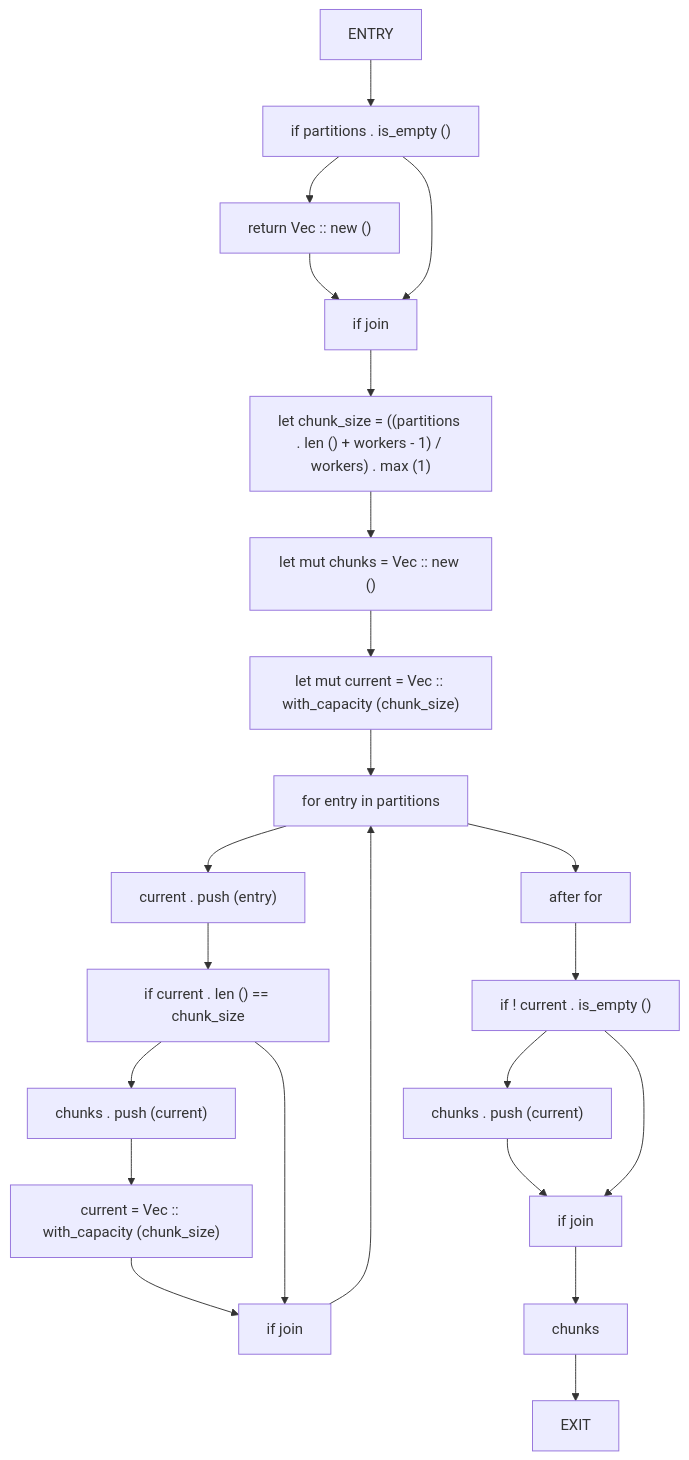
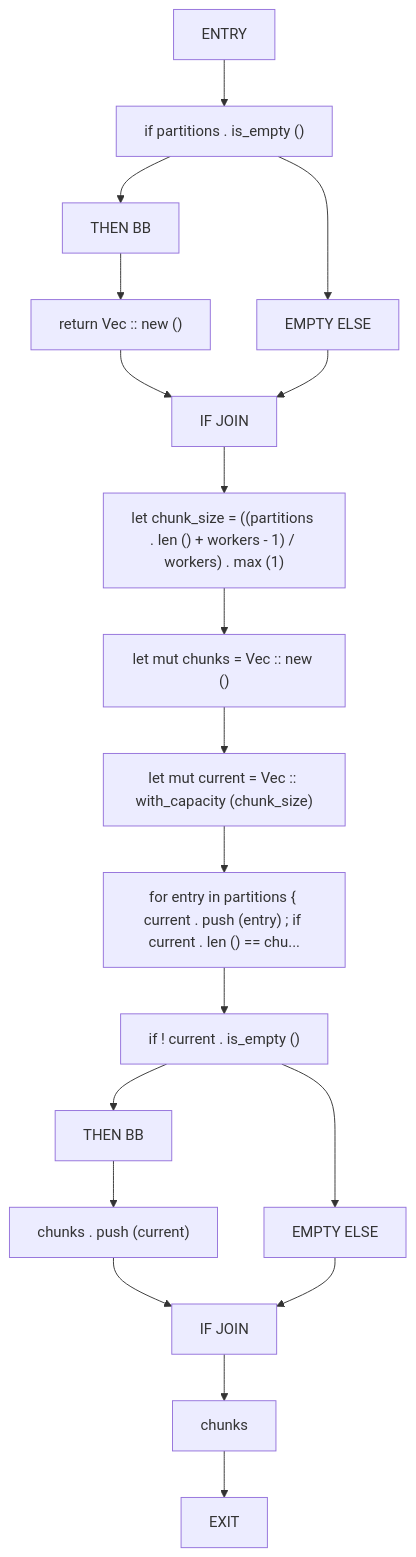
Before and after one commit to cicero-violate/MMSB: the second of 20 diagrams in docs/analysis/cfg/040-src-04_propagation.md, drawn with Mermaid. The commit also changed other lines of this file and 865 other files, not shown here.

````diff
--- a/docs/analysis/cfg/040-src-04_propagation.md
+++ b/docs/analysis/cfg/040-src-04_propagation.md
@@ -42,44 +42,38 @@
 ```mermaid
 flowchart TD
     chunk_partitions_0["ENTRY"]
     chunk_partitions_1["if partitions . is_empty ()"]
-    chunk_partitions_2["return Vec :: new ()"]
-    chunk_partitions_3["if join"]
-    chunk_partitions_4["let chunk_size = ((partitions . len () + workers - 1) / workers) . max (1)"]
-    chunk_partitions_5["let mut chunks = Vec :: new ()"]
-    chunk_partitions_6["let mut current = Vec :: with_capacity (chunk_size)"]
-    chunk_partitions_7["for entry in partitions"]
-    chunk_partitions_8["current . push (entry)"]
-    chunk_partitions_9["if current . len () == chunk_size"]
-    chunk_partitions_10["chunks . push (current)"]
-    chunk_partitions_11["current = Vec :: with_capacity (chunk_size)"]
-    chunk_partitions_12["if join"]
-    chunk_partitions_13["after for"]
-    chunk_partitions_14["if ! current . is_empty ()"]
-    chunk_partitions_15["chunks . push (current)"]
-    chunk_partitions_16["if join"]
-    chunk_partitions_17["chunks"]
-    chunk_partitions_18["EXIT"]
+    chunk_partitions_2["THEN BB"]
+    chunk_partitions_3["return Vec :: new ()"]
+    chunk_partitions_4["EMPTY ELSE"]
+    chunk_partitions_5["IF JOIN"]
+    chunk_partitions_6["let chunk_size = ((partitions . len () + workers - 1) / workers) . max (1)"]
+    chunk_partitions_7["let mut chunks = Vec :: new ()"]
+    chunk_partitions_8["let mut current = Vec :: with_capacity (chunk_size)"]
+    chunk_partitions_9["for entry in partitions { current . push (entry) ; if current . len () == chu..."]
+    chunk_partitions_10["if ! current . is_empty ()"]
+    chunk_partitions_11["THEN BB"]
+    chunk_partitions_12["chunks . push (current)"]
+    chunk_partitions_13["EMPTY ELSE"]
+    chunk_partitions_14["IF JOIN"]
+    chunk_partitions_15["chunks"]
+    chunk_partitions_16["EXIT"]
     chunk_partitions_0 --> chunk_partitions_1
     chunk_partitions_1 --> chunk_partitions_2
     chunk_partitions_2 --> chunk_partitions_3
-    chunk_partitions_1 --> chunk_partitions_3
-    chunk_partitions_3 --> chunk_partitions_4
+    chunk_partitions_1 --> chunk_partitions_4
+    chunk_partitions_3 --> chunk_partitions_5
     chunk_partitions_4 --> chunk_partitions_5
     chunk_partitions_5 --> chunk_partitions_6
     chunk_partitions_6 --> chunk_partitions_7
     chunk_partitions_7 --> chunk_partitions_8
     chunk_partitions_8 --> chunk_partitions_9
     chunk_partitions_9 --> chunk_partitions_10
     chunk_partitions_10 --> chunk_partitions_11
     chunk_partitions_11 --> chunk_partitions_12
-    chunk_partitions_9 --> chunk_partitions_12
-    chunk_partitions_12 --> chunk_partitions_7
-    chunk_partitions_7 --> chunk_partitions_13
+    chunk_partitions_10 --> chunk_partitions_13
+    chunk_partitions_12 --> chunk_partitions_14
     chunk_partitions_13 --> chunk_partitions_14
     chunk_partitions_14 --> chunk_partitions_15
     chunk_partitions_15 --> chunk_partitions_16
-    chunk_partitions_14 --> chunk_partitions_16
-    chunk_partitions_16 --> chunk_partitions_17
-    chunk_partitions_17 --> chunk_partitions_18
 ```
````
